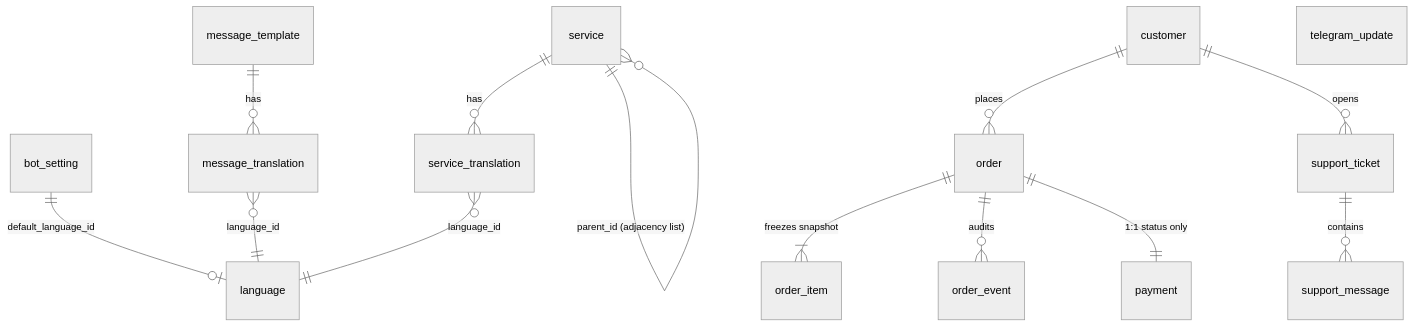
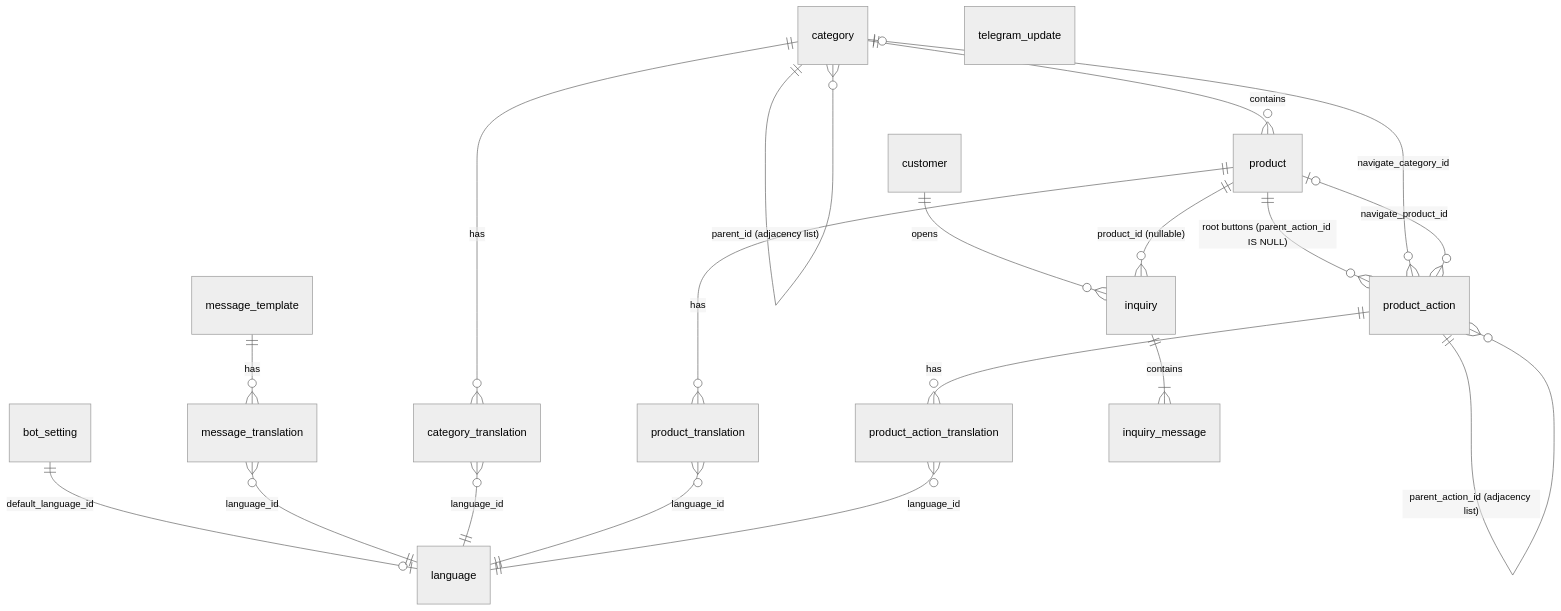
Before and after one commit to geekammar/Rabet: the first of 3 diagrams in docs/DATA_MODEL.md, drawn with Mermaid (neutral theme). The commit also changed other lines of this file and 3 other files, not shown here.

````diff
--- a/docs/DATA_MODEL.md
+++ b/docs/DATA_MODEL.md
@@ -140,19 +194,28 @@
 ```mermaid
 erDiagram
     bot_setting ||--o| language : "default_language_id"
-    service ||--o{ service_translation : "has"
-    service ||--o{ service : "parent_id (adjacency list)"
+
     message_template ||--o{ message_translation : "has"
     message_translation }o--|| language : "language_id"
-    service_translation }o--|| language : "language_id"
 
-    customer ||--o{ order : "places"
-    order ||--|{ order_item : "freezes snapshot"
-    order ||--o{ order_event : "audits"
-    order ||--|| payment : "1:1 status only"
+    category ||--o{ category : "parent_id (adjacency list)"
+    category ||--o{ category_translation : "has"
+    category_translation }o--|| language : "language_id"
+    category ||--o{ product : "contains"
 
-    customer ||--o{ support_ticket : "opens"
-    support_ticket ||--o{ support_message : "contains"
+    product ||--o{ product_translation : "has"
+    product_translation }o--|| language : "language_id"
+
+    product ||--o{ product_action : "root buttons (parent_action_id IS NULL)"
+    product_action ||--o{ product_action : "parent_action_id (adjacency list)"
+    product_action ||--o{ product_action_translation : "has"
+    product_action_translation }o--|| language : "language_id"
+    product_action }o--o| category : "navigate_category_id"
+    product_action }o--o| product : "navigate_product_id"
+
+    customer ||--o{ inquiry : "opens"
+    product ||--o{ inquiry : "product_id (nullable)"
+    inquiry ||--|{ inquiry_message : "contains"
 
     telegram_update
 ```
````
